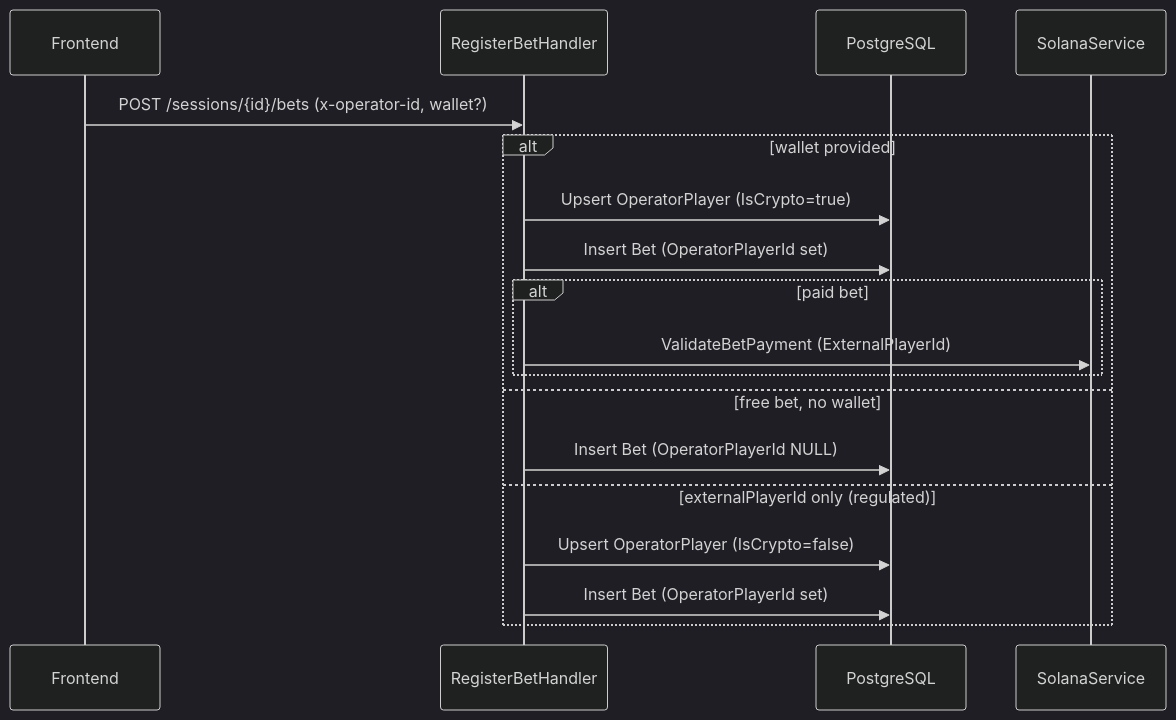
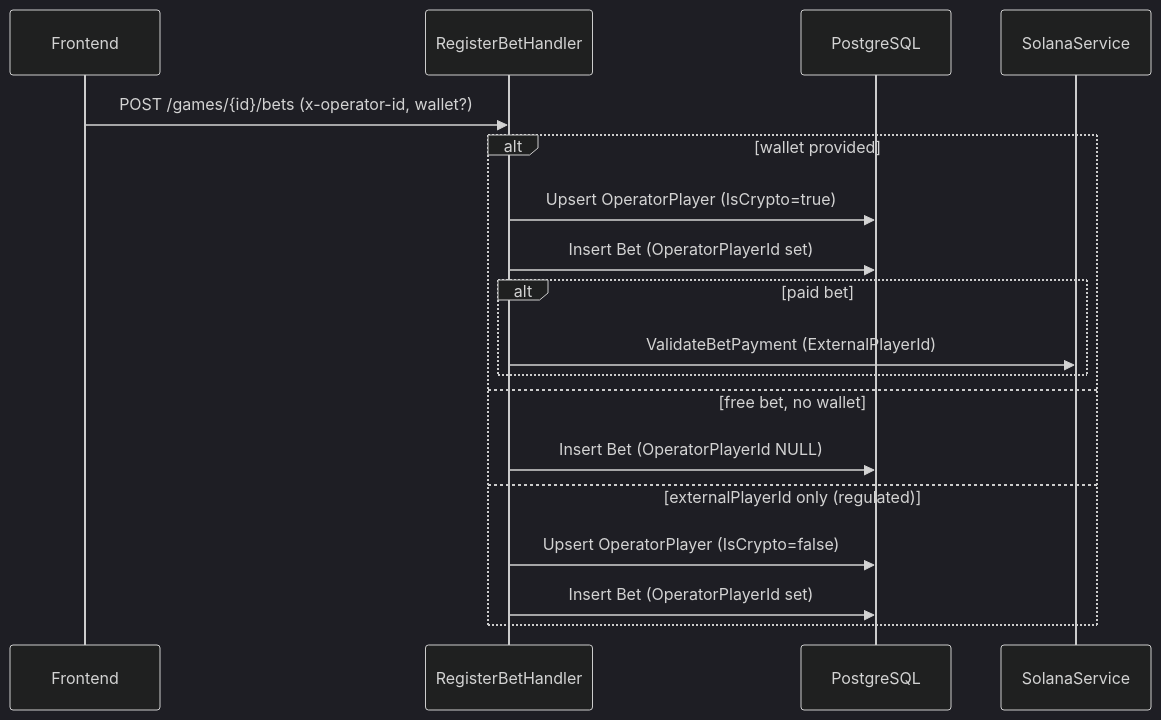
The second of 2 diagrams in specs/operator-player-identity.md (marcusruas/monkify-meta), drawn with Mermaid (dark theme) before and after one commit. The commit also changed other lines of this file and 57 other files, not shown here.

````diff
--- a/specs/operator-player-identity.md
+++ b/specs/operator-player-identity.md
@@ -362,21 +362,21 @@
 ```mermaid
 sequenceDiagram
     participant FE as Frontend
     participant API as RegisterBetHandler
     participant DB as PostgreSQL
     participant SOL as SolanaService
 
-    FE->>API: POST /sessions/{id}/bets (x-operator-id, wallet?)
+    FE->>API: POST /games/{id}/bets (x-operator-id, wallet?)
     alt wallet provided
         API->>DB: Upsert OperatorPlayer (IsCrypto=true)
         API->>DB: Insert Bet (OperatorPlayerId set)
         alt paid bet
             API->>SOL: ValidateBetPayment (ExternalPlayerId)
         end
     else free bet, no wallet
         API->>DB: Insert Bet (OperatorPlayerId NULL)
     else externalPlayerId only (regulated)
         API->>DB: Upsert OperatorPlayer (IsCrypto=false)
         API->>DB: Insert Bet (OperatorPlayerId set)
     end
 ```
````
